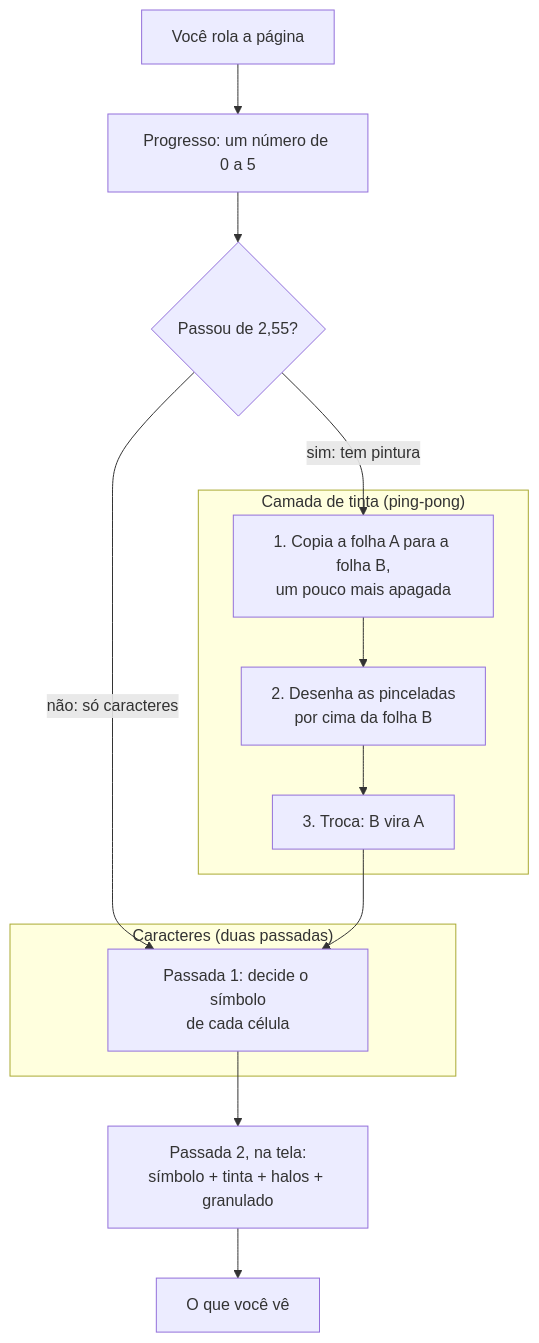
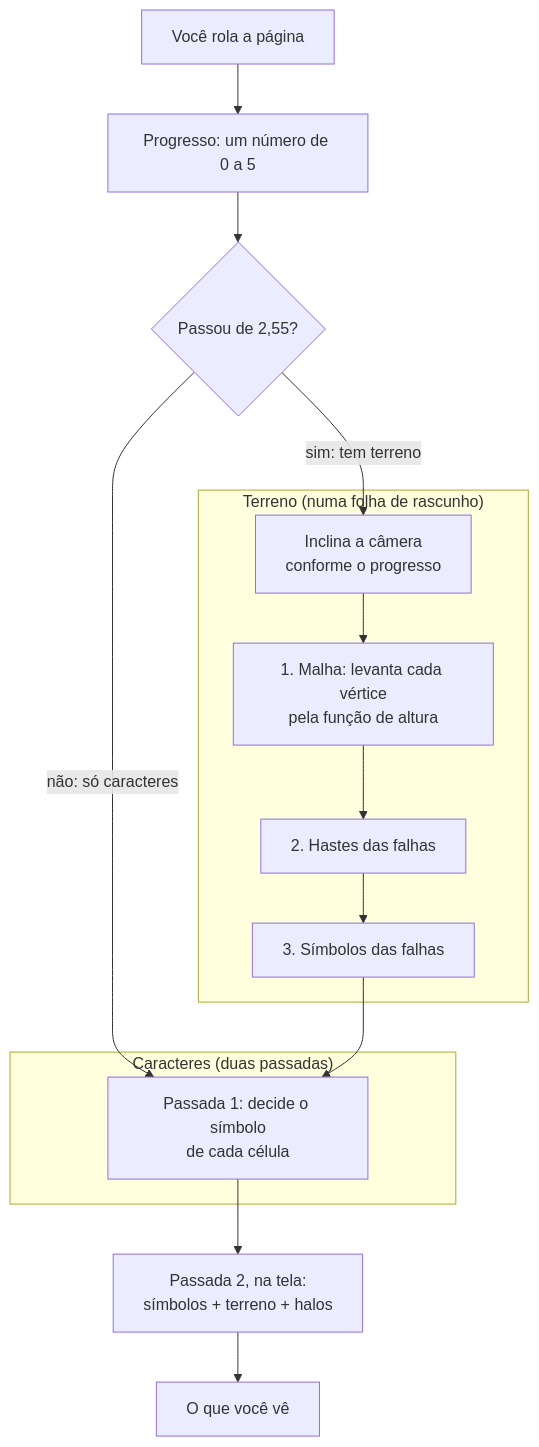
The diagram in docs/COMO_FUNCIONA_O_FUNDO.md (guimunizzz/Vulnera-TCC), drawn with Mermaid before and after one commit. The commit also changed other lines of this file and 212 other files, not shown here.

````diff
--- a/docs/COMO_FUNCIONA_O_FUNDO.md
+++ b/docs/COMO_FUNCIONA_O_FUNDO.md
@@ -155,20 +168,21 @@
 ```mermaid
 flowchart TD
   Scroll["Você rola a página"] --> P["Progresso: um número de 0 a 5"]
   P --> Dec{"Passou de 2,55?"}
   Dec -- "não: só caracteres" --> C1
-  Dec -- "sim: tem pintura" --> T1
+  Dec -- "sim: tem terreno" --> T0
 
-  subgraph Tinta["Camada de tinta (ping-pong)"]
-    T1["1. Copia a folha A para a folha B,<br/>um pouco mais apagada"] --> T2["2. Desenha as pinceladas<br/>por cima da folha B"]
-    T2 --> T3["3. Troca: B vira A"]
+  subgraph Terreno["Terreno (numa folha de rascunho)"]
+    T0["Inclina a câmera<br/>conforme o progresso"] --> T1["1. Malha: levanta cada vértice<br/>pela função de altura"]
+    T1 --> T2["2. Hastes das falhas"]
+    T2 --> T3["3. Símbolos das falhas"]
   end
 
   subgraph Letras["Caracteres (duas passadas)"]
     C1["Passada 1: decide o símbolo<br/>de cada célula"]
   end
 
   T3 --> C1
-  C1 --> F["Passada 2, na tela:<br/>símbolo + tinta + halos + granulado"]
+  C1 --> F["Passada 2, na tela:<br/>símbolos + terreno + halos"]
   F --> Tela["O que você vê"]
 ```
````
